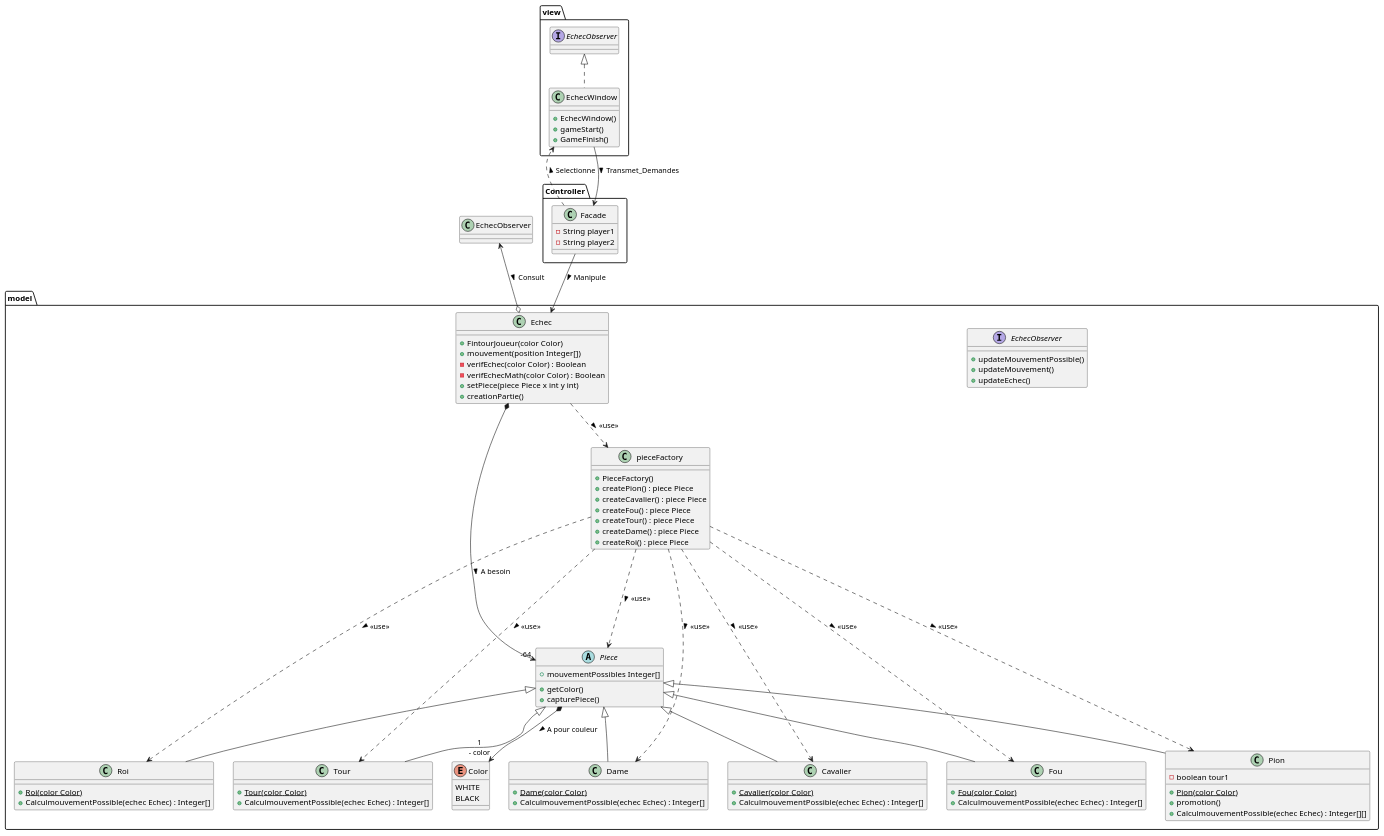
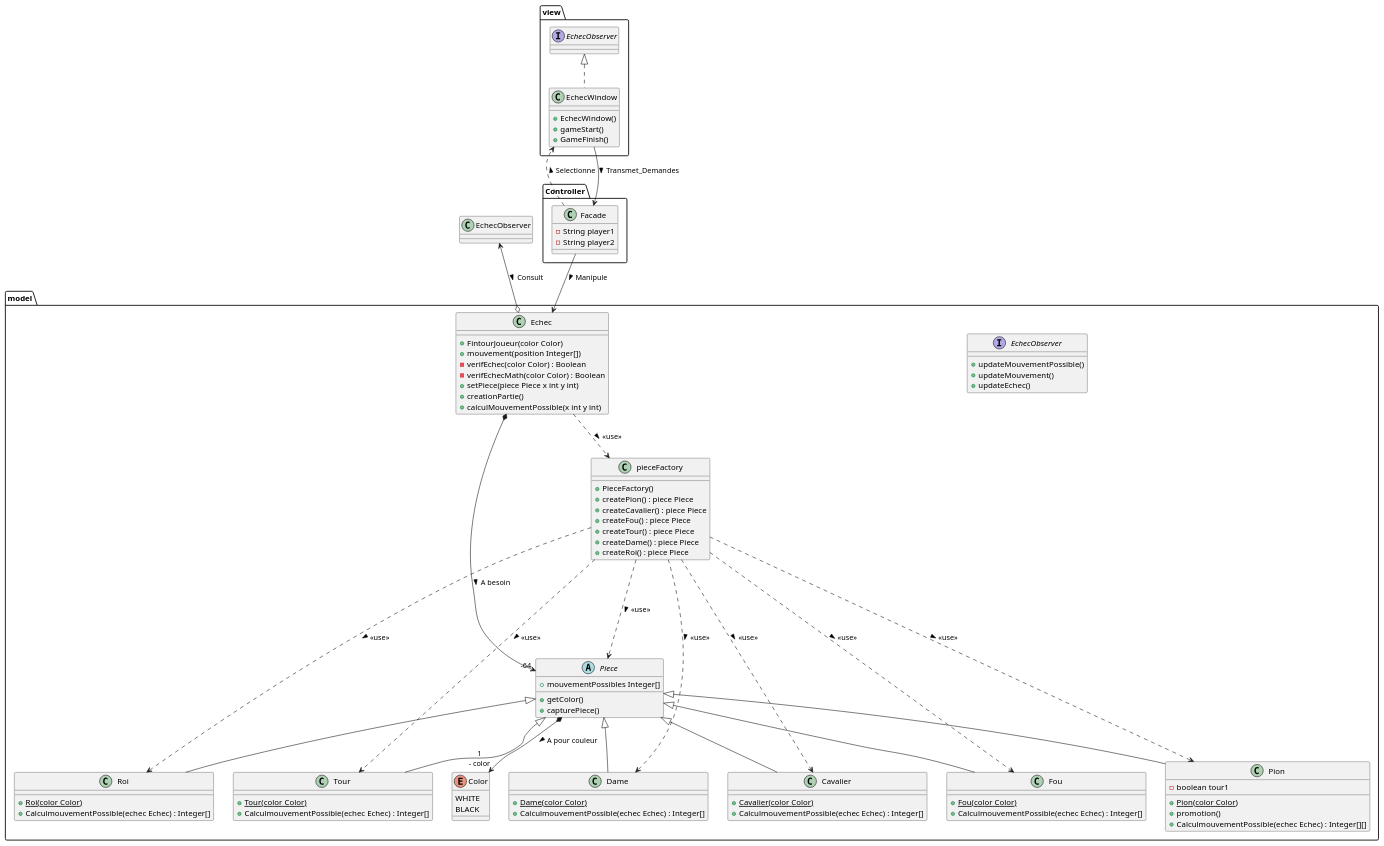
Before and after one commit to Dubimasa/Echec: the diagram in Echec/diagsUML/Diagramme_Class_Echec.puml, drawn with PlantUML. The commit also changed 8 other files, not shown here.

```diff
--- a/Echec/diagsUML/Diagramme_Class_Echec.puml
+++ b/Echec/diagsUML/Diagramme_Class_Echec.puml
@@ -1,113 +1,114 @@
 @startuml
 'https://plantuml.com/class-diagram
 
 
 Package Controller
 {
     class Facade
     {
         -String player1
         -String player2
     }
 }
 Package model
 {
     interface EchecObserver
     {
             +updateMouvementPossible()
             +updateMouvement()
             +updateEchec()
     }
 
     class Echec {
     +FintourJoueur(color Color)
     +mouvement(position Integer[])
     -verifEchec(color Color) : Boolean
     -verifEchecMath(color Color) : Boolean
     +setPiece(piece Piece x int y int)
     +creationPartie()
+    +calculMouvementPossible(x int y int)
     }
     class pieceFactory
     {
         +PieceFactory()
         +createPion() : piece Piece
         +createCavalier() : piece Piece
         +createFou() : piece Piece
         +createTour() : piece Piece
         +createDame() : piece Piece
         +createRoi() : piece Piece
     }
     abstract class Piece
     {
         +mouvementPossibles Integer[]
         +getColor()
         +capturePiece()
     }
     class Pion extends Piece
     {
         -boolean tour1
         +{static}Pion(color Color)
         +promotion()
         +CalculmouvementPossible(echec Echec) : Integer[][]
     }
     class Cavalier extends Piece
     {
     +{static}Cavalier(color Color)
     +CalculmouvementPossible(echec Echec) : Integer[]
     }
     class Fou extends Piece
     {
     +{static}Fou(color Color)
     +CalculmouvementPossible(echec Echec) : Integer[]
     }
     class Tour extends Piece
     {
     +{static}Tour(color Color)
     +CalculmouvementPossible(echec Echec) : Integer[]
     }
     class Dame extends Piece
     {
     +{static}Dame(color Color)
     +CalculmouvementPossible(echec Echec) : Integer[]
     }
     class Roi extends Piece
     {
     +{static}Roi(color Color)
     +CalculmouvementPossible(echec Echec) : Integer[]
     }
     Enum Color
     {
         WHITE
         BLACK
     }
 }
 Package view{
 
     class EchecWindow implements EchecObserver
     {
      +EchecWindow()
      +gameStart()
      +GameFinish()
     }
 
 }
 Piece *--> "1\n- color" Color : > A pour couleur
 Echec *--> "-64" Piece : > A besoin
 
 Echec ..> pieceFactory : > <<use>>
 
 pieceFactory ...> Piece : > <<use>>
 pieceFactory ..> Roi : > <<use>>
 pieceFactory ..> Pion : > <<use>>
 pieceFactory ..> Cavalier : > <<use>>
 pieceFactory ..> Fou : > <<use>>
 pieceFactory ..> Dame : > <<use>>
 pieceFactory ..> Tour : > <<use>>
 
 
 EchecObserver <--o Echec : > Consult
 Facade --> Echec : > Manipule
 Facade ..> EchecWindow : > Selectionne
 EchecWindow --> Facade : > Transmet_Demandes
 
 @enduml
```
